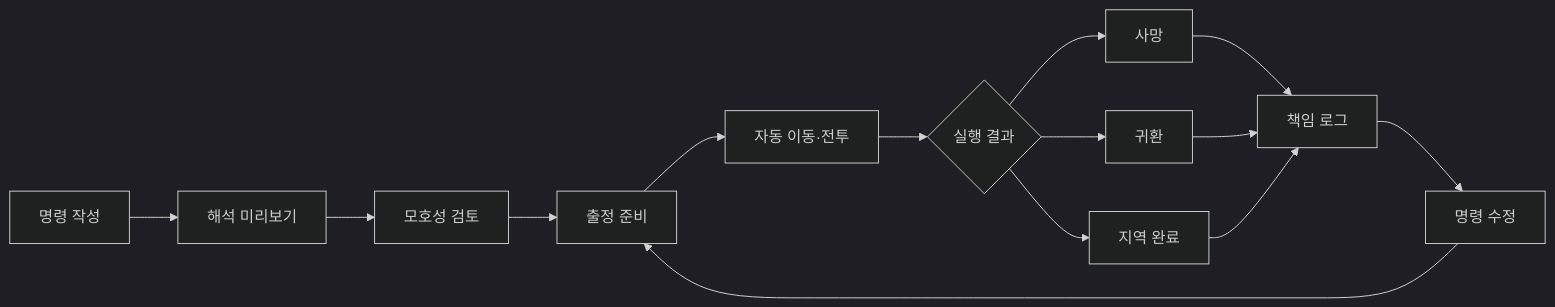
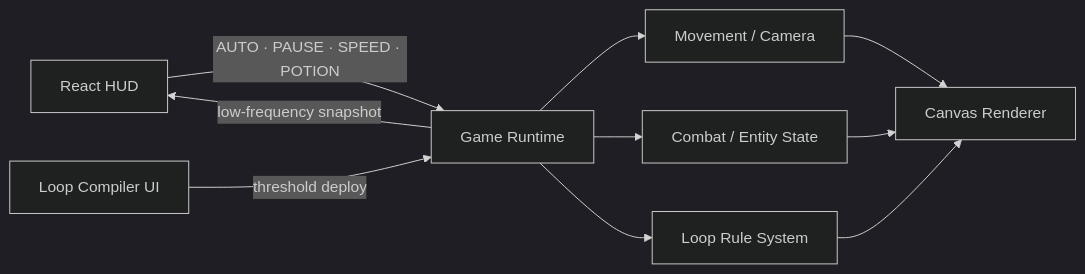
The diagram in profile/README.md (Vibe-Unbound/.github), drawn with Mermaid (dark theme) before and after one commit. The commit also changed other lines of this file, not shown here.

````diff
--- a/profile/README.md
+++ b/profile/README.md
@@ -101,16 +131,12 @@
 ```mermaid
 flowchart LR
-    A[명령 작성] --> B[해석 미리보기]
-    B --> C[모호성 검토]
-    C --> D[출정 준비]
-    D --> E[자동 이동·전투]
-    E --> F{실행 결과}
-    F --> G[사망]
-    F --> H[귀환]
-    F --> I[지역 완료]
-    G --> J[책임 로그]
-    H --> J
-    I --> J
-    J --> K[명령 수정]
-    K --> D
+    A[React HUD] -->|AUTO · PAUSE · SPEED · POTION| B[Game Runtime]
+    C[Loop Compiler UI] -->|threshold deploy| B
+    B --> D[Movement / Camera]
+    B --> E[Combat / Entity State]
+    B --> F[Loop Rule System]
+    D --> G[Canvas Renderer]
+    E --> G
+    F --> G
+    B -->|low-frequency snapshot| A
 ```
````
